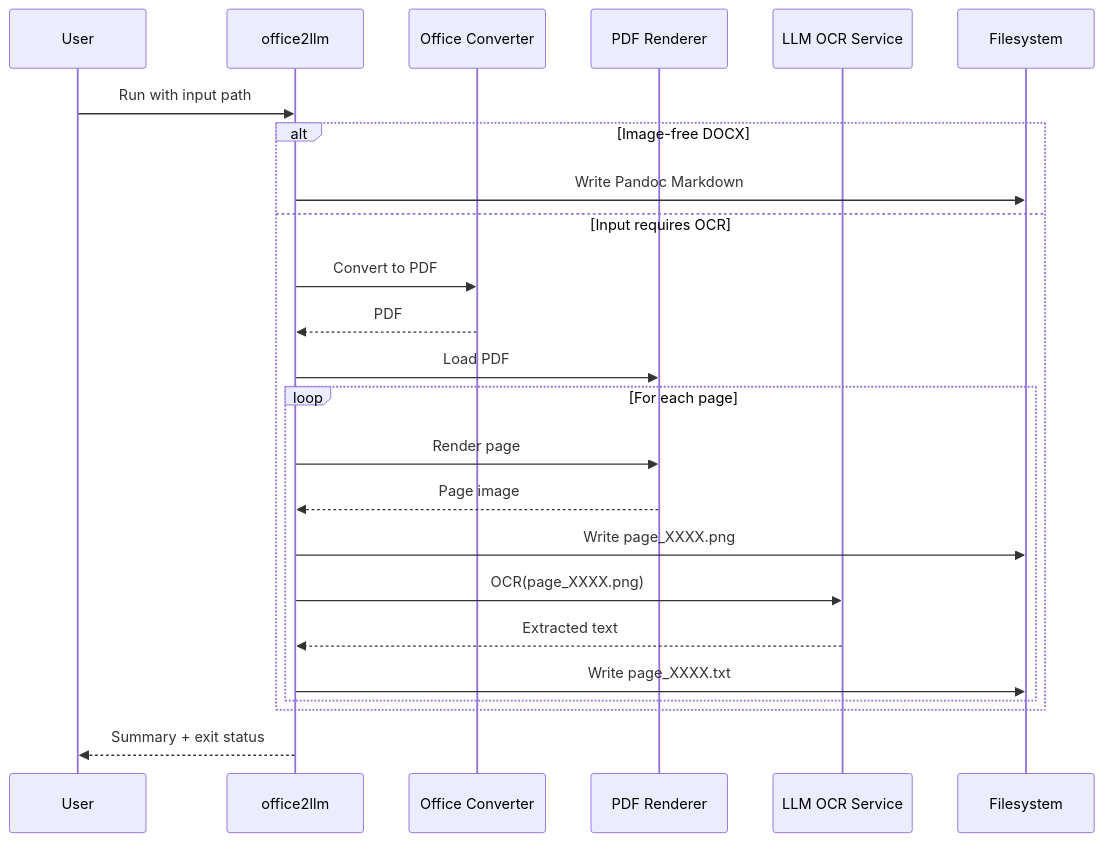
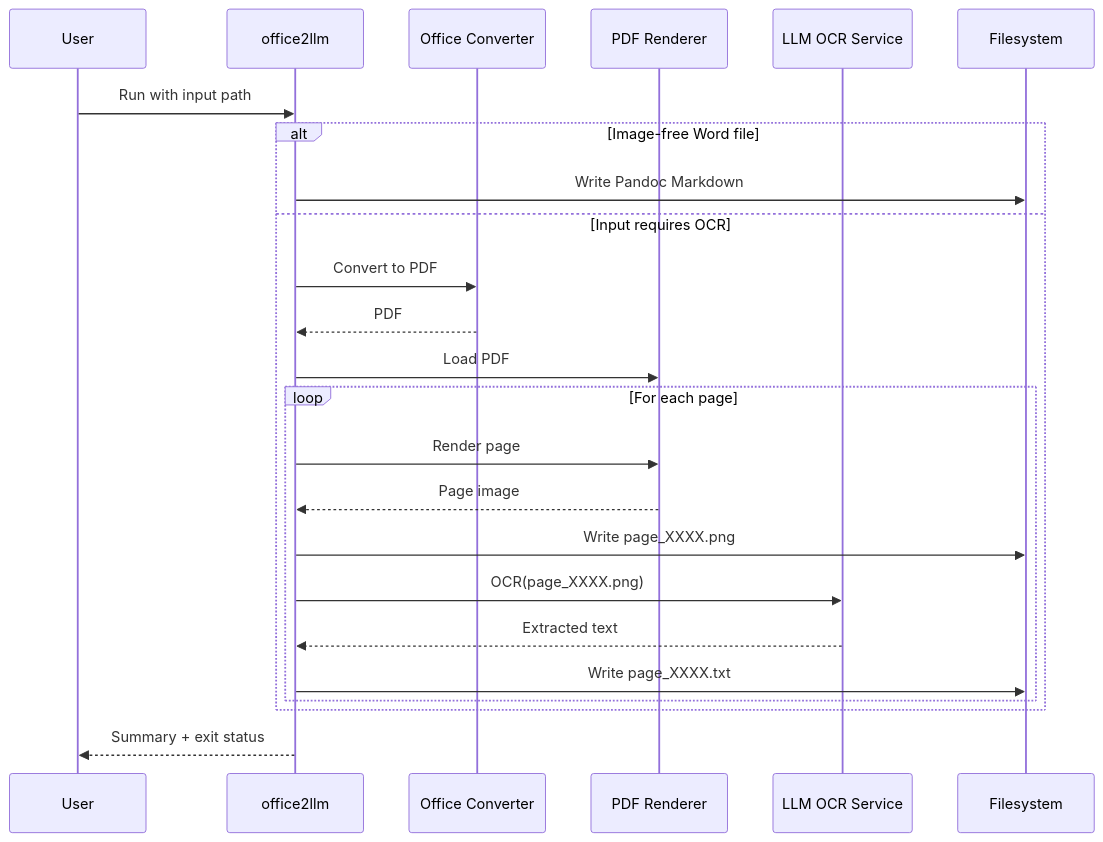
One commit to vincenzodomina/office2llm changed the third of 3 diagrams in ARCHITECTURE.md. Above: the diagram before and after it, drawn with Mermaid. The commit also changed other lines of this file and 6 other files, not shown here.

````diff
--- a/ARCHITECTURE.md
+++ b/ARCHITECTURE.md
@@ -56,27 +56,27 @@
 ```mermaid
 sequenceDiagram
   participant U as User
   participant CLI as office2llm
   participant LO as Office Converter
   participant PDF as PDF Renderer
   participant OCR as LLM OCR Service
   participant FS as Filesystem
 
   U->>CLI: Run with input path
-  alt Image-free DOCX
+  alt Image-free Word file
     CLI->>FS: Write Pandoc Markdown
   else Input requires OCR
     CLI->>LO: Convert to PDF
     LO-->>CLI: PDF
     CLI->>PDF: Load PDF
     loop For each page
       CLI->>PDF: Render page
       PDF-->>CLI: Page image
       CLI->>FS: Write page_XXXX.png
       CLI->>OCR: OCR(page_XXXX.png)
       OCR-->>CLI: Extracted text
       CLI->>FS: Write page_XXXX.txt
     end
   end
   CLI-->>U: Summary + exit status
 ```
````
